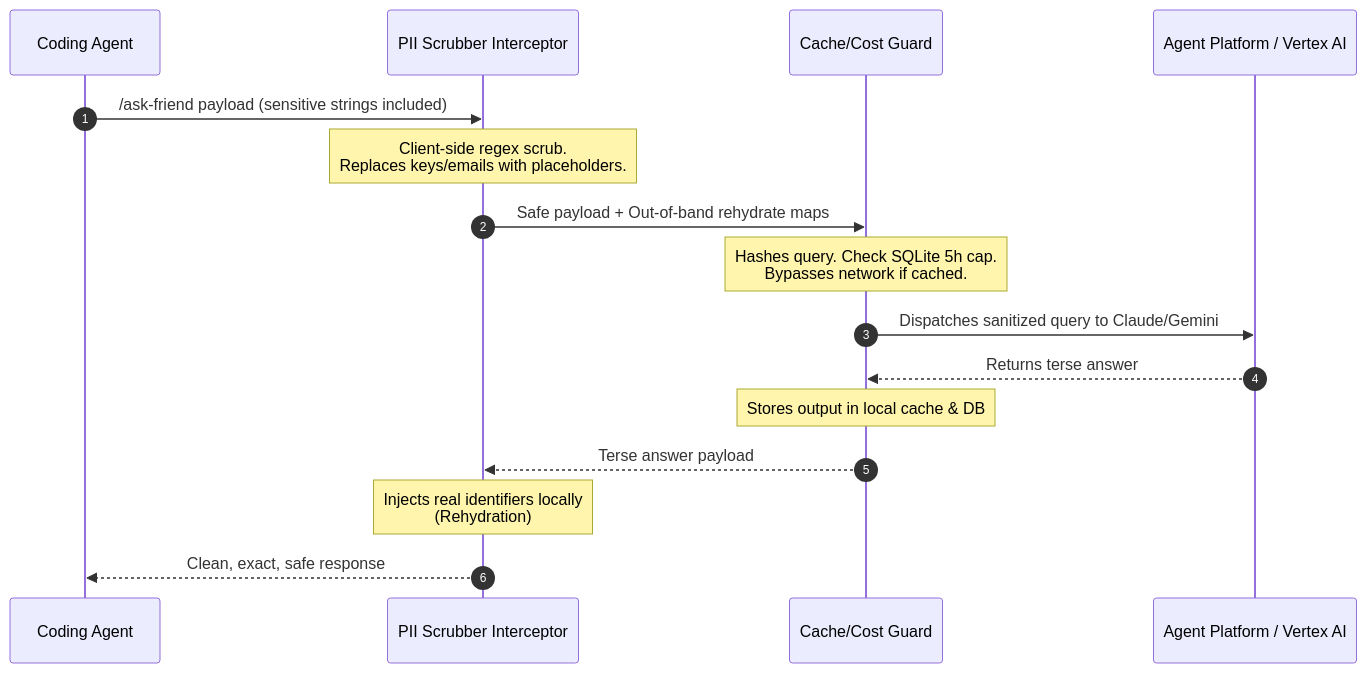
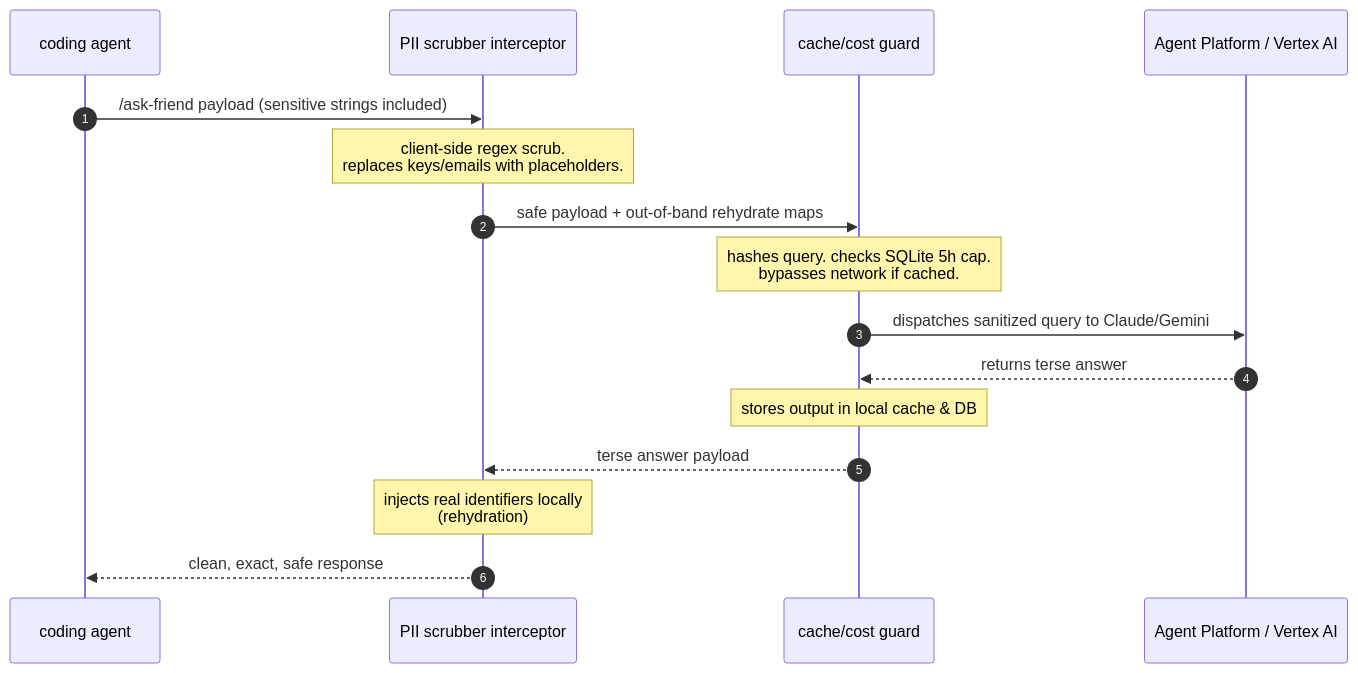
One commit to mbettan/ask-a-friend changed the diagram in README.md. Above: the diagram before and after it, drawn with Mermaid. The commit also changed other lines of this file, not shown here.

````diff
--- a/README.md
+++ b/README.md
@@ -146,19 +146,19 @@
 ```mermaid
 sequenceDiagram
     autonumber
-    participant Agent as Coding Agent
-    participant Inbound as PII Scrubber Interceptor
-    participant Cache as Cache/Cost Guard
+    participant Agent as coding agent
+    participant Inbound as PII scrubber interceptor
+    participant Cache as cache/cost guard
     participant Platform as Agent Platform / Vertex AI
     
     Agent->>Inbound: /ask-friend payload (sensitive strings included)
-    Note over Inbound: Client-side regex scrub.<br/>Replaces keys/emails with placeholders.
-    Inbound->>Cache: Safe payload + Out-of-band rehydrate maps
-    Note over Cache: Hashes query. Check SQLite 5h cap.<br/>Bypasses network if cached.
-    Cache->>Platform: Dispatches sanitized query to Claude/Gemini
-    Platform-->>Cache: Returns terse answer
-    Note over Cache: Stores output in local cache & DB
-    Cache-->>Inbound: Terse answer payload
-    Note over Inbound: Injects real identifiers locally<br/>(Rehydration)
-    Inbound-->>Agent: Clean, exact, safe response
+    Note over Inbound: client-side regex scrub.<br/>replaces keys/emails with placeholders.
+    Inbound->>Cache: safe payload + out-of-band rehydrate maps
+    Note over Cache: hashes query. checks SQLite 5h cap.<br/>bypasses network if cached.
+    Cache->>Platform: dispatches sanitized query to Claude/Gemini
+    Platform-->>Cache: returns terse answer
+    Note over Cache: stores output in local cache & DB
+    Cache-->>Inbound: terse answer payload
+    Note over Inbound: injects real identifiers locally<br/>(rehydration)
+    Inbound-->>Agent: clean, exact, safe response
 ```
````
